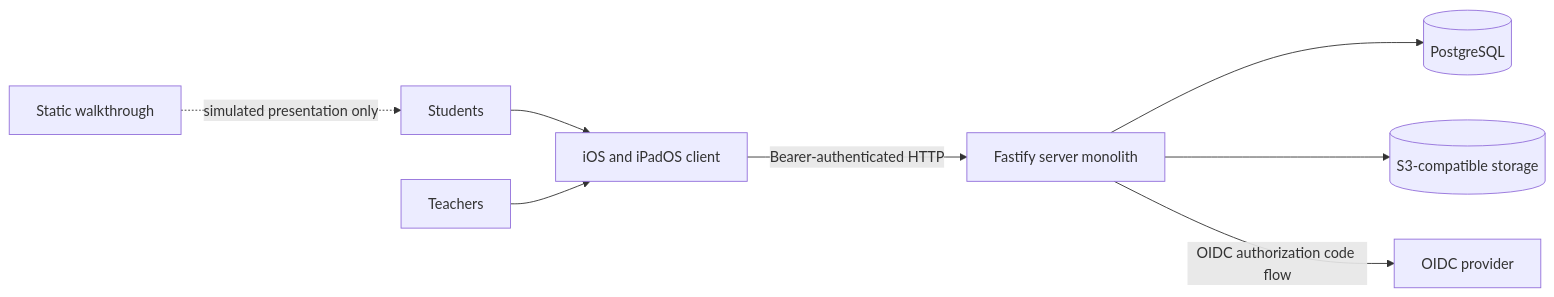
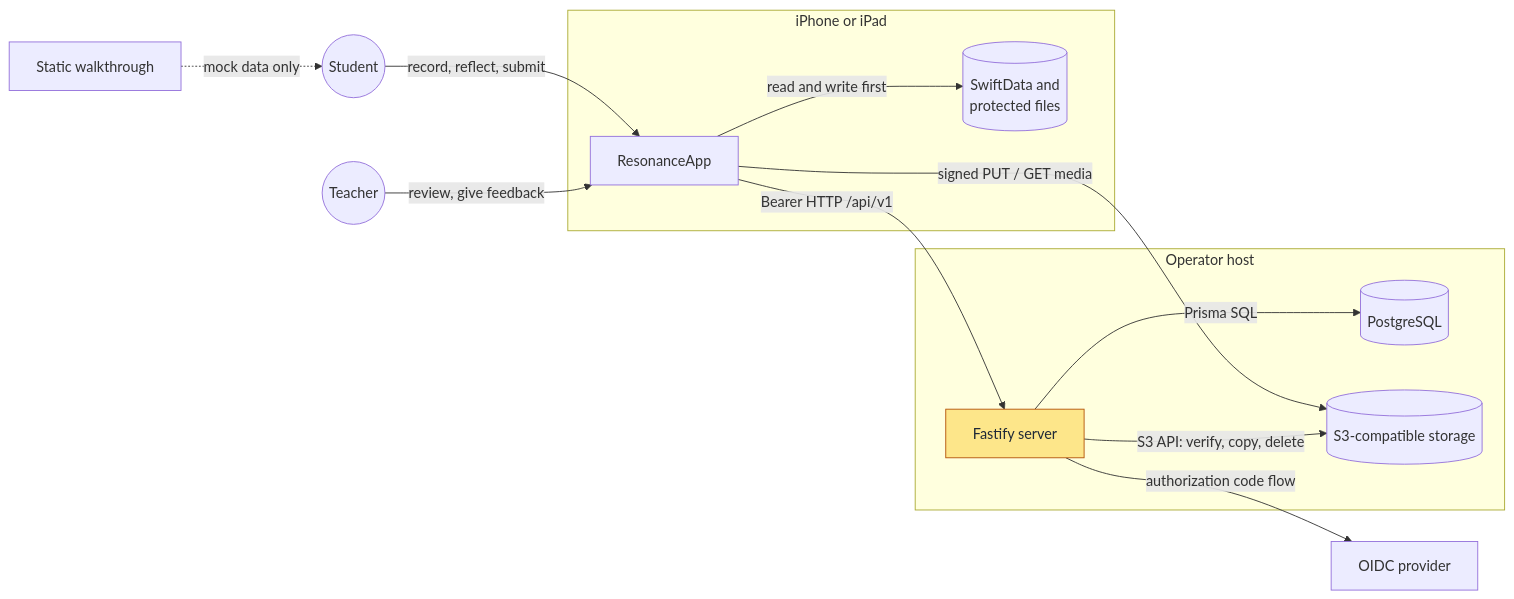
Before and after one commit to sebastianspicker/resonance-practice: the first of 11 diagrams in docs/ARCHITECTURE.md, drawn with Mermaid. The commit also changed other lines of this file and 1 other file, not shown here.

First line of the commit message:
Document architecture with diagrams of runtime, journeys, data and CI

````diff
--- a/docs/ARCHITECTURE.md
+++ b/docs/ARCHITECTURE.md
@@ -22,10 +28,29 @@
 ```mermaid
 flowchart LR
-    Students[Students] --> Client[iOS and iPadOS client]
-    Teachers[Teachers] --> Client
-    Client -->|Bearer-authenticated HTTP| Server[Fastify server monolith]
-    Server --> PostgreSQL[(PostgreSQL)]
-    Server --> Storage[(S3-compatible storage)]
-    Server -->|OIDC authorization code flow| Provider[OIDC provider]
-    Walkthrough[Static walkthrough] -. simulated presentation only .-> Students
+    student((Student))
+    teacher((Teacher))
+    subgraph device [iPhone or iPad]
+        app[ResonanceApp]
+        local[(SwiftData and<br/>protected files)]
+    end
+    subgraph host [Operator host]
+        api[Fastify server]
+        db[(PostgreSQL)]
+        s3[(S3-compatible storage)]
+    end
+    idp[OIDC provider]
+    pages[Static walkthrough]
+
+    student -->|record, reflect, submit| app
+    teacher -->|review, give feedback| app
+    app -->|read and write first| local
+    app -->|"Bearer HTTP /api/v1"| api
+    app -->|"signed PUT / GET media"| s3
+    api -->|Prisma SQL| db
+    api -->|"S3 API: verify, copy, delete"| s3
+    api -->|authorization code flow| idp
+    pages -.->|mock data only| student
+
+    classDef focus fill:#fde68a,stroke:#b45309,color:#1f2937
+    class api focus
 ```
````
